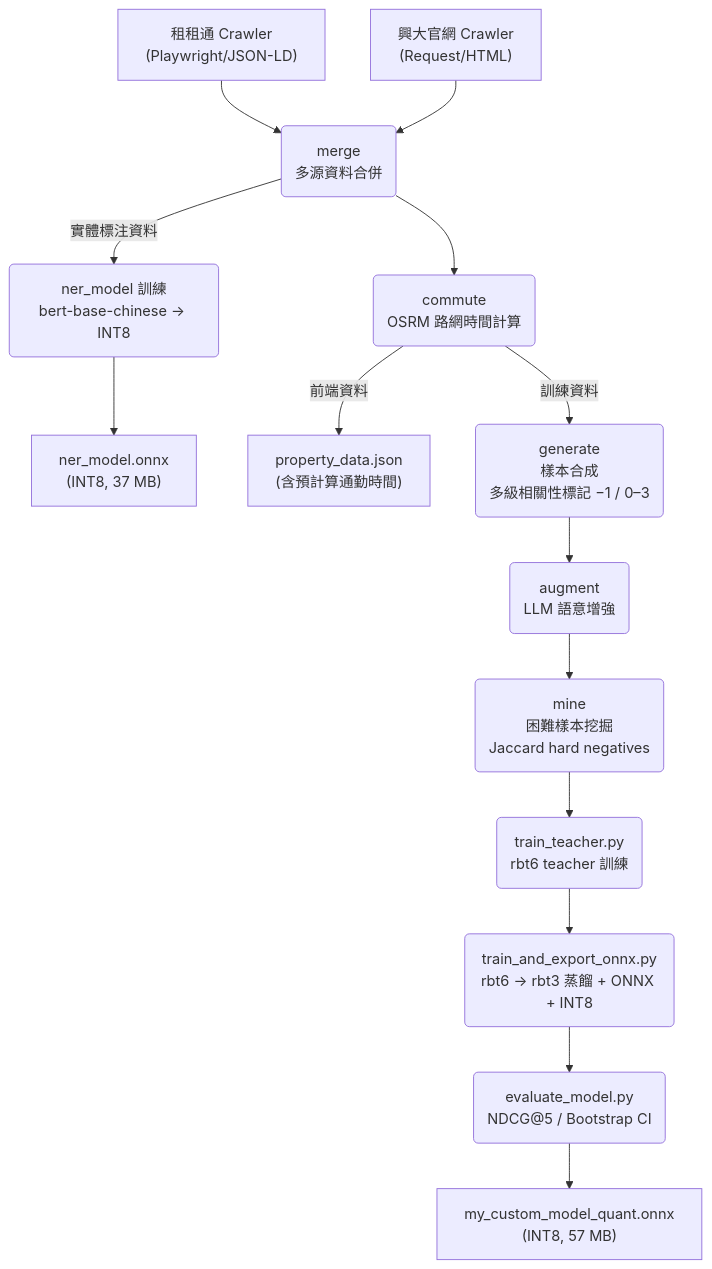
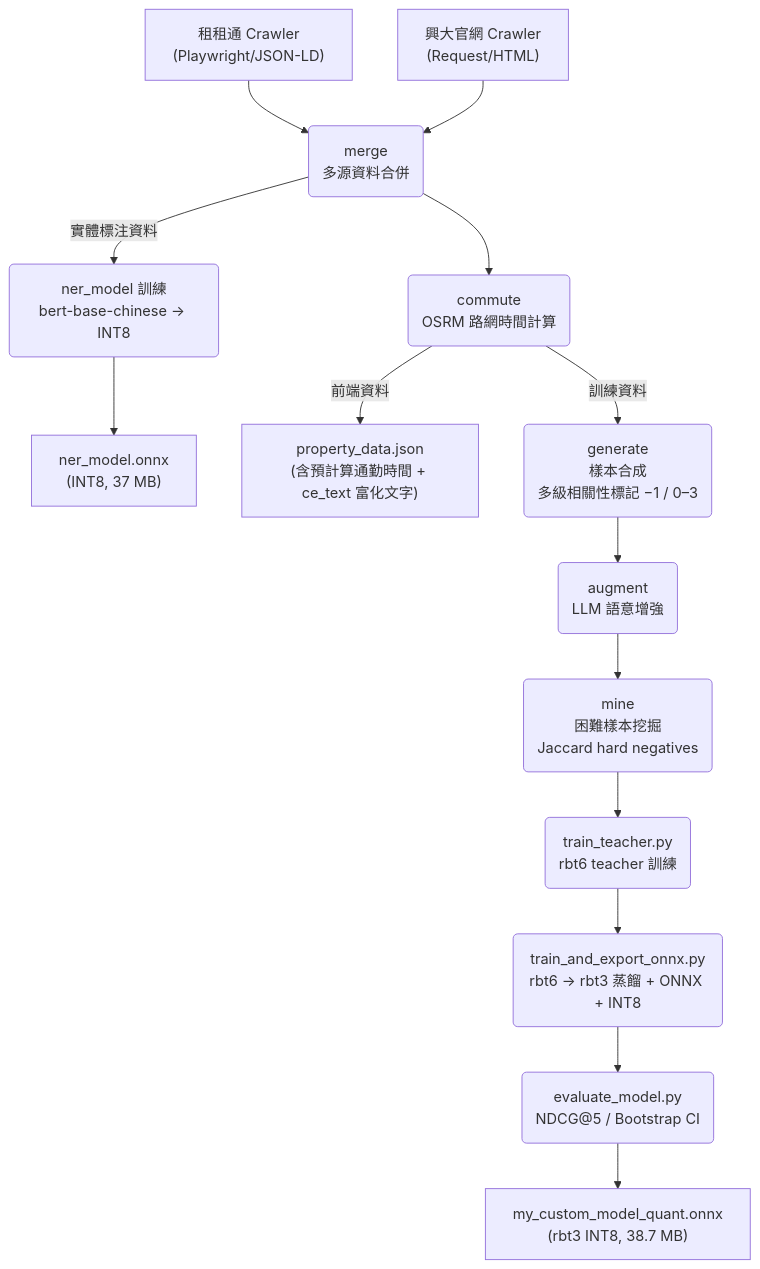
One commit to eric20041027/nchu-edge-rental-ai changed the first of 2 diagrams in README.md. Above: the diagram before and after it, drawn with Mermaid. The commit also changed other lines of this file and 10 other files, not shown here.

````diff
--- a/README.md
+++ b/README.md
@@ -83,16 +88,16 @@
 ```mermaid
 graph TD
     A1["租租通 Crawler\n(Playwright/JSON-LD)"] --> B("merge\n多源資料合併")
     A2["興大官網 Crawler\n(Request/HTML)"] --> B
     B -->|"實體標注資料"| NER_T("ner_model 訓練\nbert-base-chinese → INT8")
     NER_T --> NER_M["ner_model.onnx\n(INT8, 37 MB)"]
     B --> C("commute\nOSRM 路網時間計算")
-    C -->|"前端資料"| J["property_data.json\n(含預計算通勤時間)"]
+    C -->|"前端資料"| J["property_data.json\n(含預計算通勤時間 + ce_text 富化文字)"]
     C -->|"訓練資料"| D("generate\n樣本合成\n多級相關性標記 −1 / 0–3")
     D --> E("augment\nLLM 語意增強")
     E --> F("mine\n困難樣本挖掘\nJaccard hard negatives")
     F --> G1("train_teacher.py\nrbt6 teacher 訓練")
     G1 --> G2("train_and_export_onnx.py\nrbt6 → rbt3 蒸餾 + ONNX + INT8")
     G2 --> EVAL("evaluate_model.py\nNDCG@5 / Bootstrap CI")
-    EVAL --> H["my_custom_model_quant.onnx\n(INT8, 57 MB)"]
+    EVAL --> H["my_custom_model_quant.onnx\n(rbt3 INT8, 38.7 MB)"]
 ```
````
